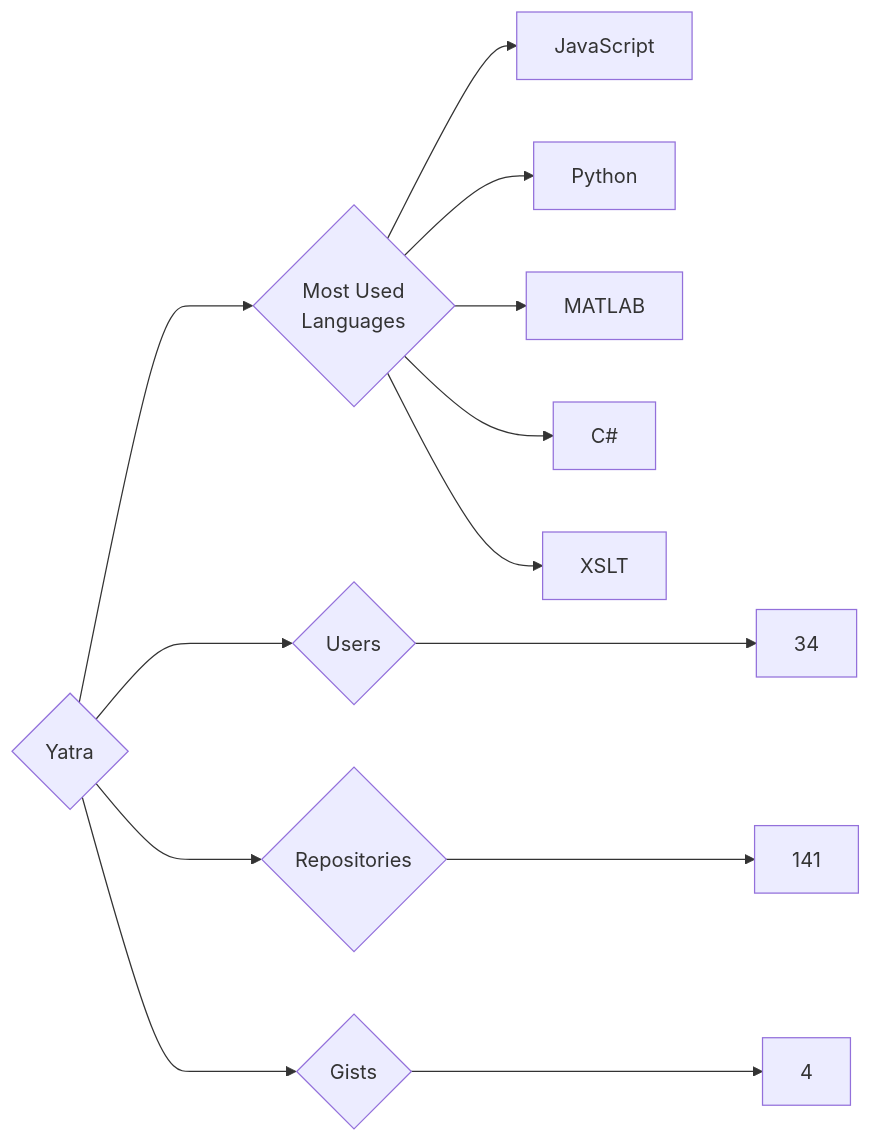
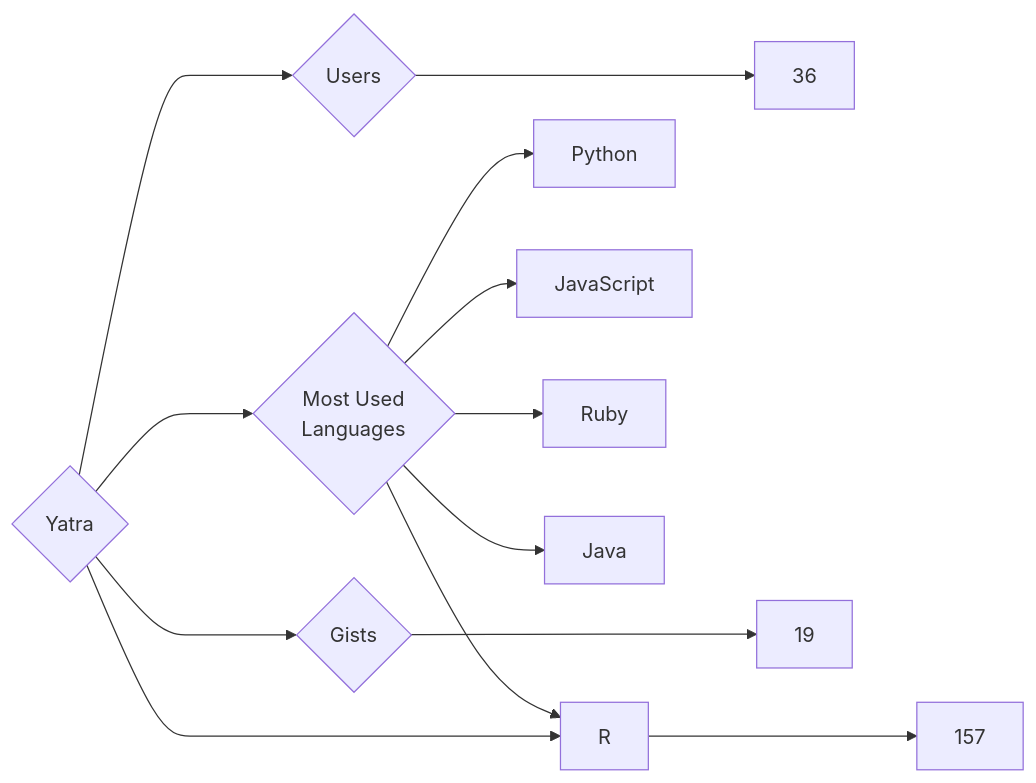
Before and after one commit to trickest/insiders: the diagram in targets/Yatra/README.md, drawn with Mermaid. The commit also changed 955 other files, not shown here.

````diff
--- a/targets/Yatra/README.md
+++ b/targets/Yatra/README.md
@@ -3,13 +3,13 @@
 ```mermaid
 graph LR
 COMPANY_NAME{Yatra}
-COMPANY_NAME ---> U{Users} ---> UN[34]
-COMPANY_NAME ---> R{Repositories} ---> RN[141]
-COMPANY_NAME ---> G{Gists} ---> GN[4]
+COMPANY_NAME ---> U{Users} ---> UN[36]
+COMPANY_NAME ---> R{Repositories} ---> RN[157]
+COMPANY_NAME ---> G{Gists} ---> GN[19]
 COMPANY_NAME ---> ML{Most Used<br>Languages}
+ML --> Python[Python]
 ML --> JavaScript[JavaScript]
-ML --> Python[Python]
-ML --> MATLAB[MATLAB]
-ML --> C#[C#]
-ML --> XSLT[XSLT]
+ML --> Ruby[Ruby]
+ML --> Java[Java]
+ML --> R[R]
 ```
````
